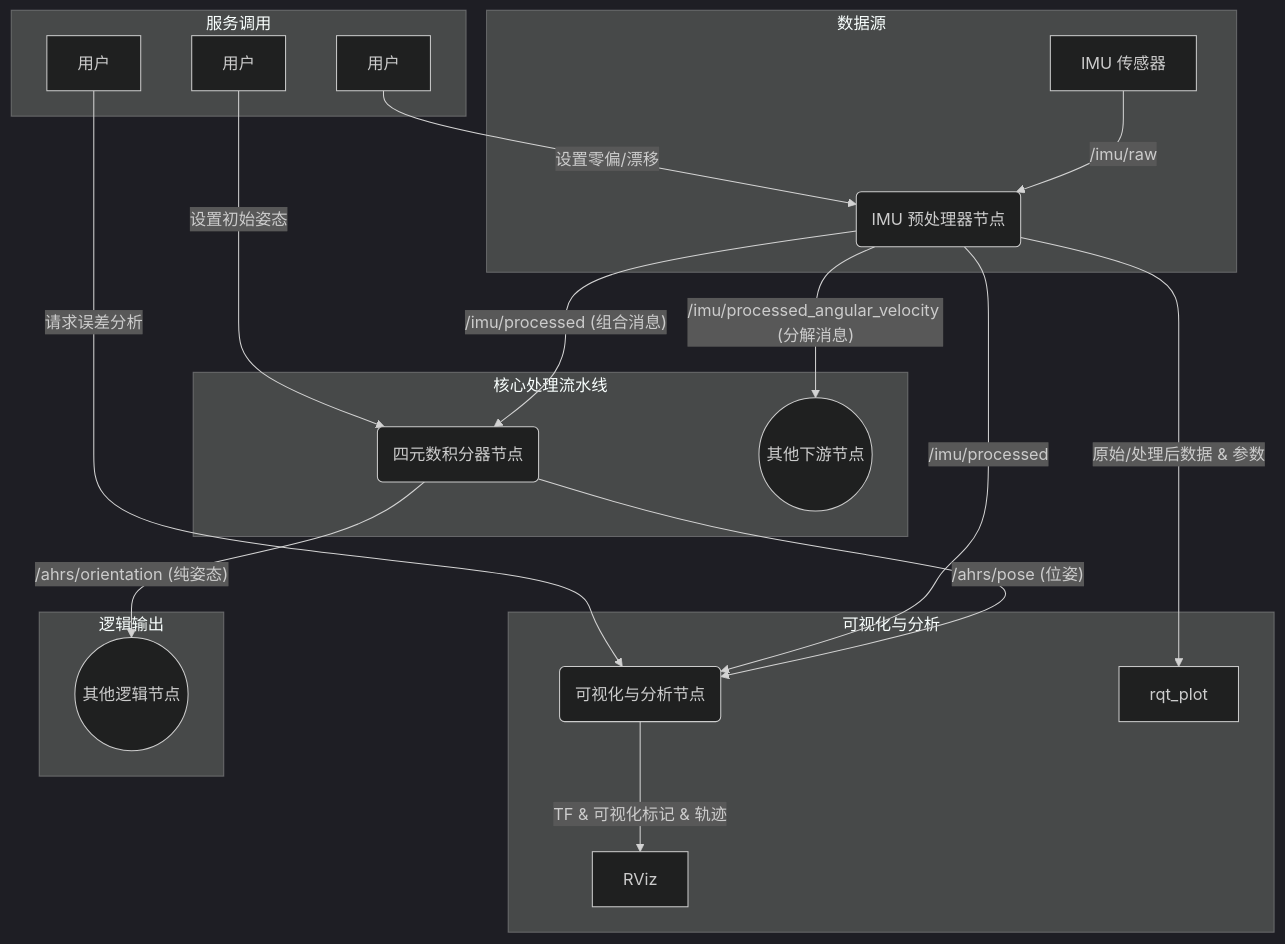
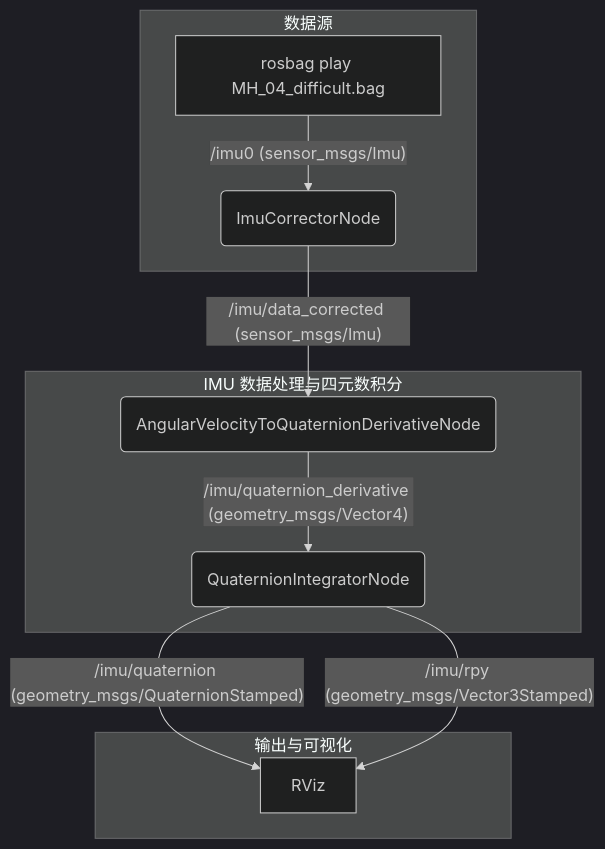
Before and after one commit to InertialSensingAndAdvancedNavigationLab/QuaternionIntegratorVisualization: the diagram in README.md, drawn with Mermaid (dark theme). The commit also changed other lines of this file, not shown here.

Commit message:
更新README.md中的Mermaid图和节点描述，使其与代码结构一致。

````diff
--- a/README.md
+++ b/README.md
@@ -13,28 +13,16 @@
 ```mermaid
 graph TD
     subgraph "数据源"
-        A[IMU 传感器] -- /imu/raw --> B(IMU 预处理器节点)
+        A[rosbag play MH_04_difficult.bag] -- "/imu0 (sensor_msgs/Imu)" --> B(ImuCorrectorNode);
     end
 
-    subgraph "核心处理流水线"
-        B -- "/imu/processed (组合消息)" --> C(四元数积分器节点)
-        B -- "/imu/processed_angular_velocity (分解消息)" --> Z((其他下游节点))
+    subgraph "IMU 数据处理与四元数积分"
+        B -- "/imu/data_corrected (sensor_msgs/Imu)" --> C(AngularVelocityToQuaternionDerivativeNode);
+        C -- "/imu/quaternion_derivative (geometry_msgs/Vector4)" --> D(QuaternionIntegratorNode);
     end
 
-    subgraph "可视化与分析"
-        C -- "/ahrs/pose (位姿)" --> D(可视化与分析节点)
-        B -- "/imu/processed" --> D
-        D -- TF & 可视化标记 & 轨迹 --> E[RViz]
-        B -- 原始/处理后数据 & 参数 --> F[rqt_plot]
-    end
-
-    subgraph "逻辑输出"
-        C -- "/ahrs/orientation (纯姿态)" --> Y((其他逻辑节点))
-    end
-
-    subgraph "服务调用"
-        G[用户] -- 设置零偏/漂移 --> B
-        H[用户] -- 请求误差分析 --> D
-        I[用户] -- 设置初始姿态 --> C
+    subgraph "输出与可视化"
+        D -- "/imu/quaternion (geometry_msgs/QuaternionStamped)" --> E[RViz];
+        D -- "/imu/rpy (geometry_msgs/Vector3Stamped)" --> E;
     end
 ```
````
